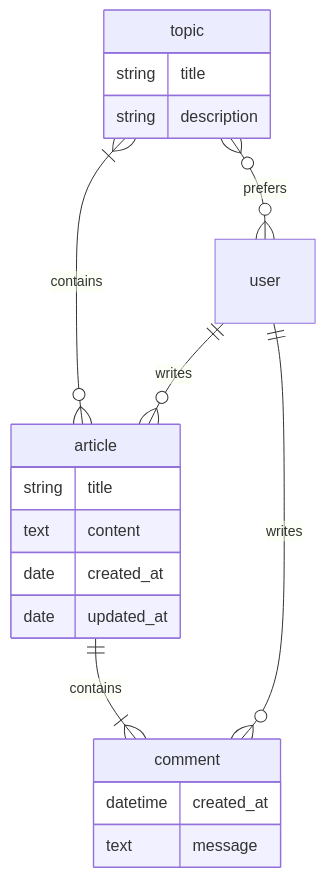
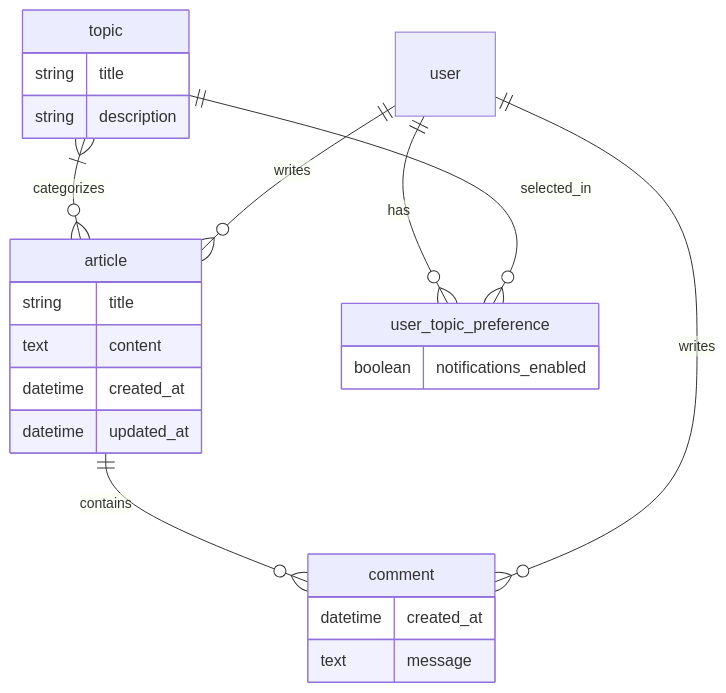
The diagram in assets/mermaid/models.mmd (OpenRoost/blog-spec), drawn with Mermaid before and after one commit.

Commit message:
docs(domain): sync ERD source

```diff
--- a/assets/mermaid/models.mmd
+++ b/assets/mermaid/models.mmd
@@ -1,24 +1,29 @@
 erDiagram
 
     topic {
         string title
         string description
     }
 
     article {
         string title
         text content
-        date created_at
-        date updated_at
+        datetime created_at
+        datetime updated_at
     }
 
     comment {
         datetime created_at
         text message
     }
 
-    article ||--|{ comment: contains
-    topic }|--o{ article: contains
-    topic }o--o{ user: prefers
+    user_topic_preference {
+        boolean notifications_enabled
+    }
+
+    topic }|--o{ article: categorizes
+    article ||--o{ comment: contains
     user ||--o{ article: writes
     user ||--o{ comment: writes
+    user ||--o{ user_topic_preference: has
+    topic ||--o{ user_topic_preference: selected_in
```
